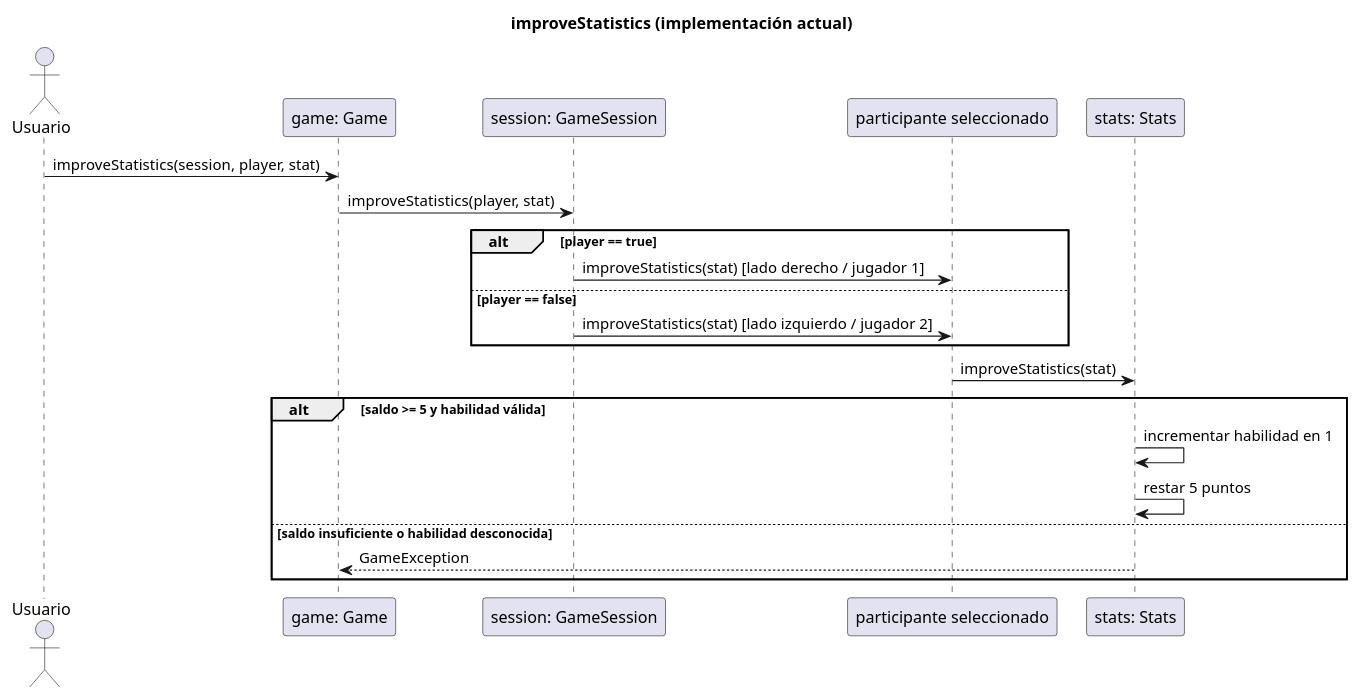
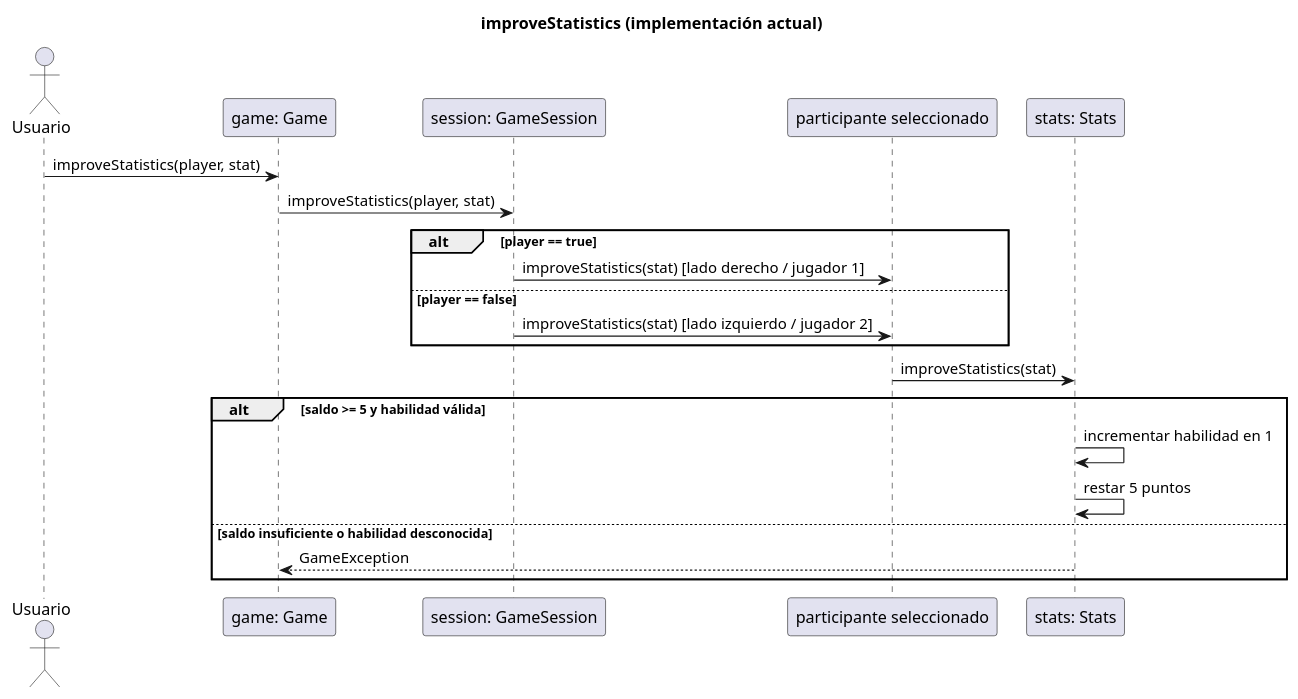
Before and after one commit to PaglkG/ProyectoFinal-Dopo: the sixth of 9 diagrams in docs/uml/domain-sequences.puml, drawn with PlantUML. The commit also changed other lines of this file and 19 other files, not shown here.

```diff
--- a/docs/uml/domain-sequences.puml
+++ b/docs/uml/domain-sequences.puml
@@ -105,22 +104,22 @@
 @startuml
 title improveStatistics (implementación actual)
 actor Usuario
 participant "game: Game" as G
 participant "session: GameSession" as S
 participant "participante seleccionado" as P
 participant "stats: Stats" as T
-Usuario -> G: improveStatistics(session, player, stat)
+Usuario -> G: improveStatistics(player, stat)
 G -> S: improveStatistics(player, stat)
 alt player == true
   S -> P: improveStatistics(stat) [lado derecho / jugador 1]
 else player == false
   S -> P: improveStatistics(stat) [lado izquierdo / jugador 2]
 end
 P -> T: improveStatistics(stat)
 alt saldo >= 5 y habilidad válida
   T -> T: incrementar habilidad en 1
   T -> T: restar 5 puntos
 else saldo insuficiente o habilidad desconocida
   T --> G: GameException
 end
 @enduml
```
